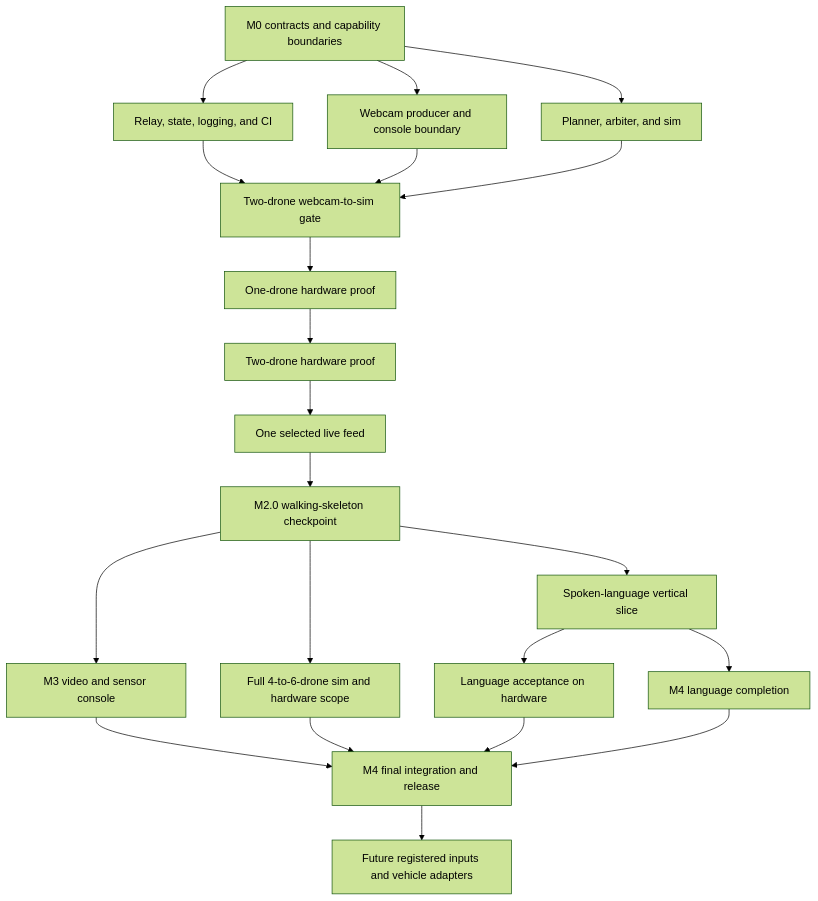
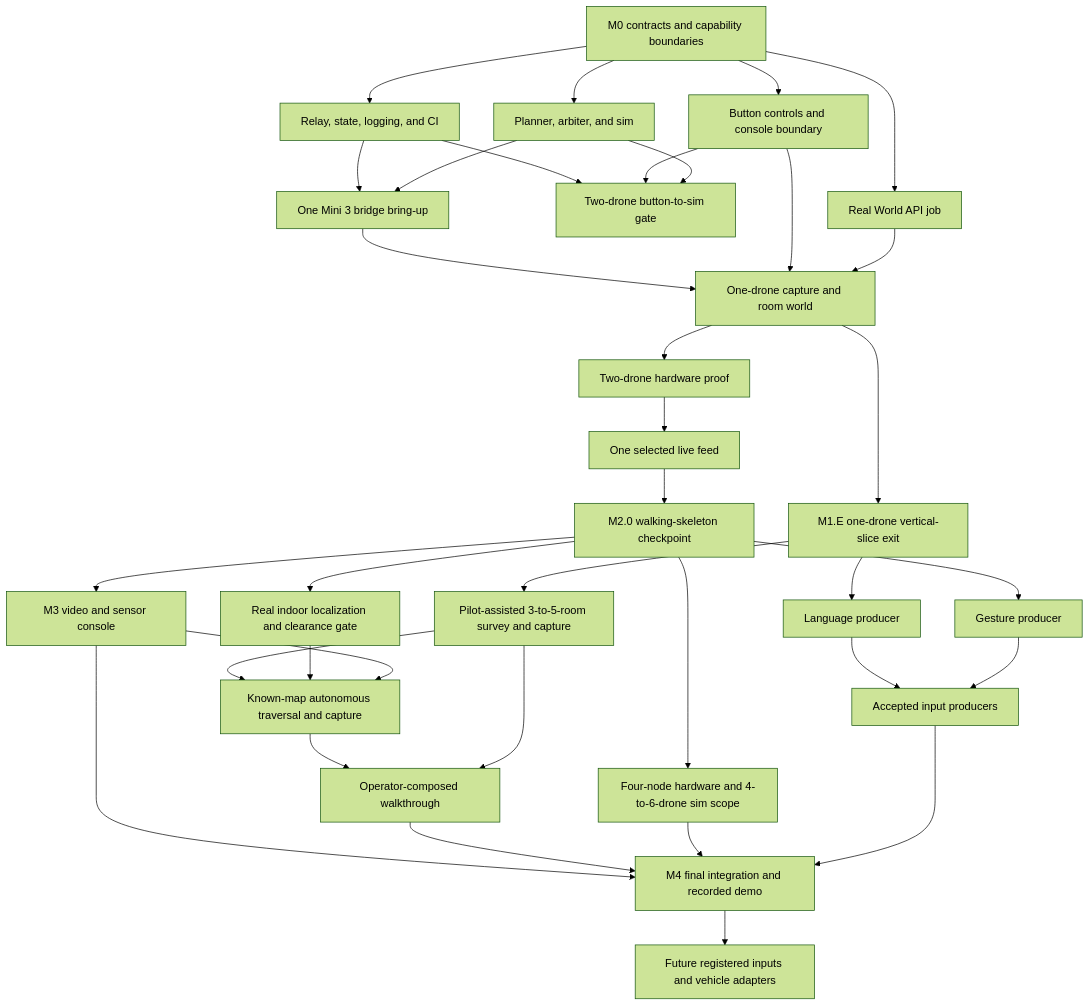
One commit to worldofhacks/sweep changed the diagram in docs/mvp-plan.md. Above: the diagram before and after it, drawn with Mermaid (forest theme). The commit also changed other lines of this file and 12 other files, not shown here.

First line of the commit message:
Add button-first Marble room capture to the MVP (#23)

````diff
--- a/docs/mvp-plan.md
+++ b/docs/mvp-plan.md
@@ -11,23 +13,37 @@
 ```mermaid
 flowchart TD
     m0[M0 contracts and capability boundaries] --> relay[Relay, state, logging, and CI]
-    m0 --> webcam[Webcam producer and console boundary]
+    m0 --> worldapi[Real World API job]
+    m0 --> controls[Button controls and console boundary]
     m0 --> autonomy[Planner, arbiter, and sim]
-    relay --> simgate[Two-drone webcam-to-sim gate]
-    webcam --> simgate
+    relay --> simgate[Two-drone button-to-sim gate]
+    controls --> simgate
     autonomy --> simgate
-    simgate --> hw1[One-drone hardware proof]
+    relay --> bridge[One Mini 3 bridge bring-up]
+    autonomy --> bridge
+    bridge --> hw1[One-drone capture and room world]
+    controls --> hw1
+    worldapi --> hw1
+    hw1 --> m1e[M1.E one-drone vertical-slice exit]
+    m1e --> rooms[Pilot-assisted 3-to-5-room survey and capture]
     hw1 --> hw2[Two-drone hardware proof]
     hw2 --> feed[One selected live feed]
     feed --> m20[M2.0 walking-skeleton checkpoint]
-    m20 --> speech[Spoken-language vertical slice]
-    m20 --> scale[Full 4-to-6-drone sim and hardware scope]
+    m1e --> language[Language producer]
+    m20 --> gesture[Gesture producer]
+    m20 --> scale[Four-node hardware and 4-to-6-drone sim scope]
     m20 --> video[M3 video and sensor console]
-    speech --> hwlang[Language acceptance on hardware]
-    speech --> langfull[M4 language completion]
-    video --> release[M4 final integration and release]
+    m20 --> localization[Real indoor localization and clearance gate]
+    rooms --> knownmap[Known-map autonomous traversal and capture]
+    localization --> knownmap
+    video --> knownmap
+    language --> inputs[Accepted input producers]
+    gesture --> inputs
+    knownmap --> compose[Operator-composed walkthrough]
+    rooms --> compose
+    video --> release[M4 final integration and recorded demo]
+    compose --> release
     scale --> release
-    hwlang --> release
-    langfull --> release
+    inputs --> release
     release --> future[Future registered inputs and vehicle adapters]
 ```
````
